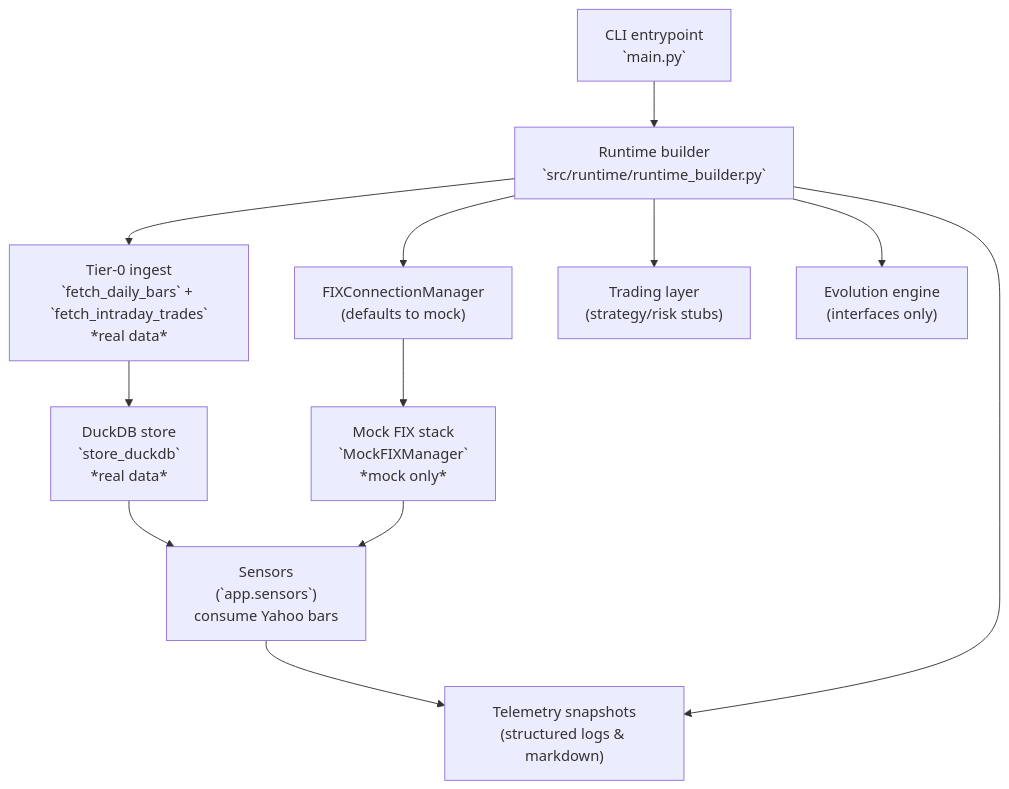
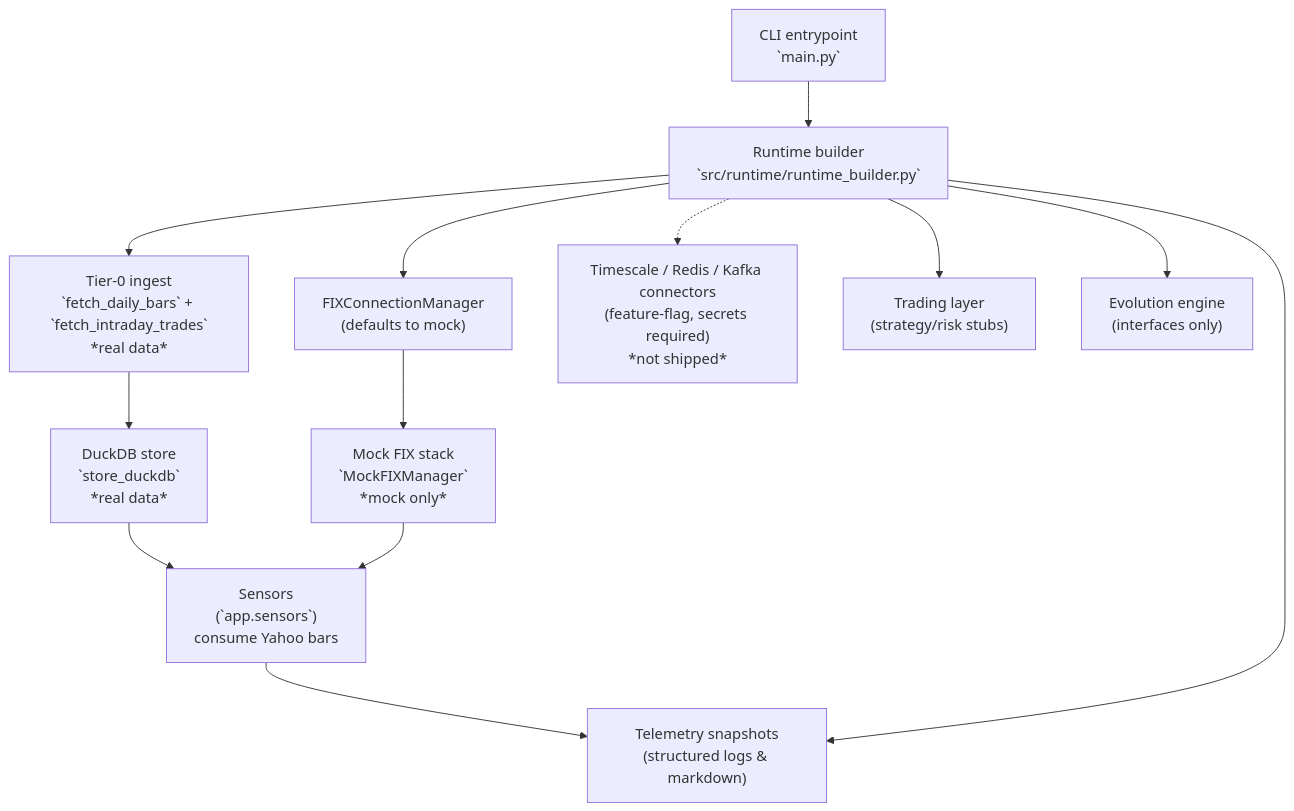
One commit to HWeber-tech/emp_proving_ground_v1 changed the diagram in docs/architecture/overview.md. Above: the diagram before and after it, drawn with Mermaid. The commit also changed other lines of this file and 1 other file, not shown here.

````diff
--- a/docs/architecture/overview.md
+++ b/docs/architecture/overview.md
@@ -26,14 +29,15 @@
 ```mermaid
 flowchart TD
     entry["CLI entrypoint\n`main.py`"] --> runtime["Runtime builder\n`src/runtime/runtime_builder.py`"]
     runtime --> ingest["Tier-0 ingest<br/>`fetch_daily_bars` + `fetch_intraday_trades`<br/>*real data*"]
     ingest --> duckdb["DuckDB store<br/>`store_duckdb`<br/>*real data*"]
     duckdb --> sensors["Sensors<br/>(`app.sensors`)<br/>consume Yahoo bars"]
     runtime --> bridge["FIXConnectionManager\n(defaults to mock)"]
     bridge --> mock["Mock FIX stack\n`MockFIXManager`\n*mock only*"]
     mock --> sensors
+    runtime -.-> institutional["Timescale / Redis / Kafka connectors<br/>(feature-flag, secrets required)<br/>*not shipped*"]
     sensors --> observability["Telemetry snapshots\n(structured logs & markdown)"]
     runtime --> trading["Trading layer\n(strategy/risk stubs)"]
     runtime --> evolution["Evolution engine\n(interfaces only)"]
     runtime --> observability
 ```
````
